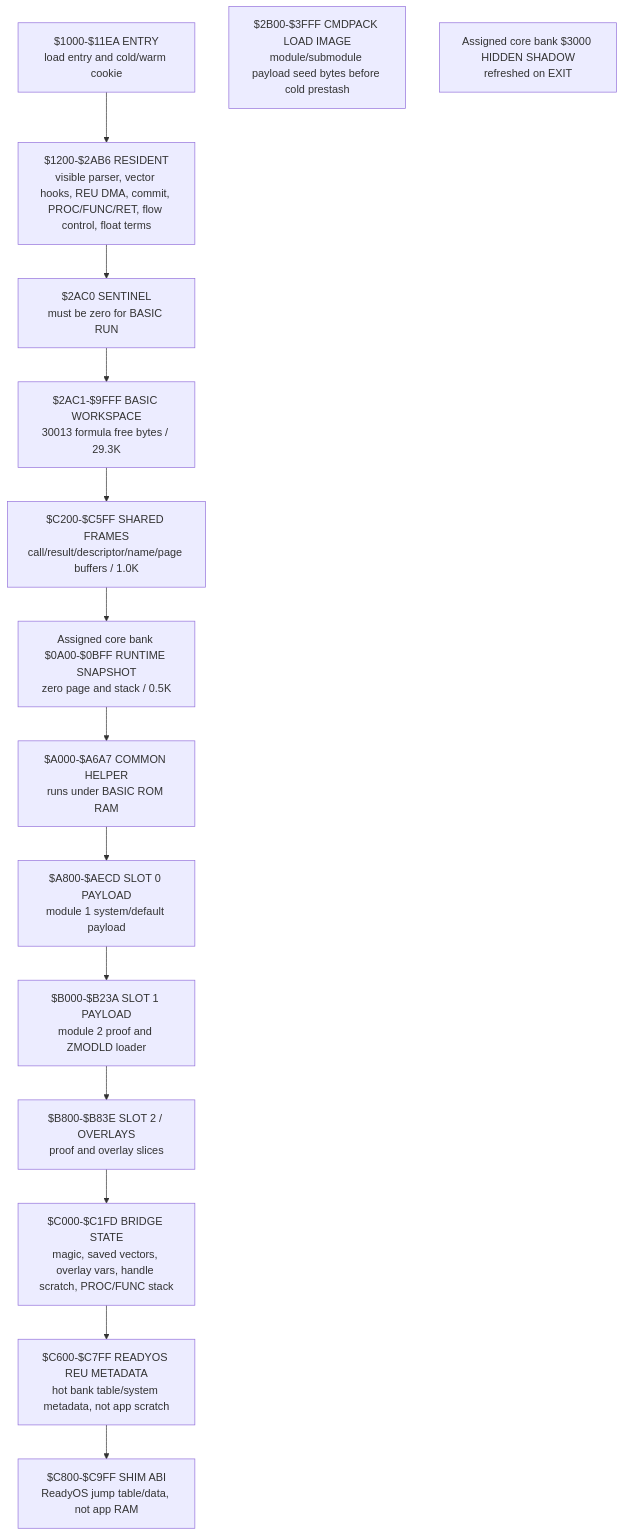
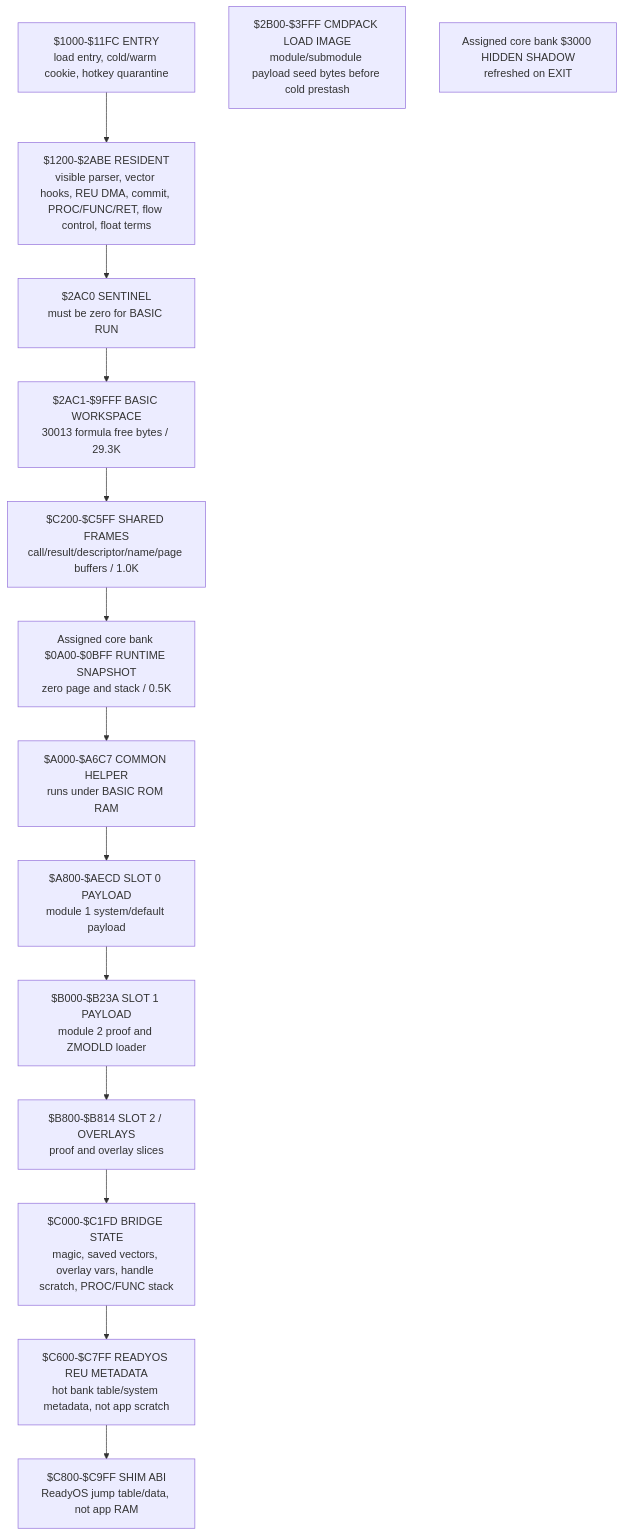
Before and after one commit to ReadyOS-C64/ReadyOs: the first of 8 diagrams in src/apps/readybasic/READYBASIC_LIFECYCLE_AND_REU_ARCHITECTURE.md, drawn with Mermaid. The commit also changed other lines of this file and 77 other files, not shown here.

````diff
--- a/src/apps/readybasic/READYBASIC_LIFECYCLE_AND_REU_ARCHITECTURE.md
+++ b/src/apps/readybasic/READYBASIC_LIFECYCLE_AND_REU_ARCHITECTURE.md
@@ -140,21 +140,21 @@
 ```mermaid
 flowchart TB
-  A["$1000-$11EA ENTRY<br/>load entry and cold/warm cookie"]
-  B["$1200-$2AB6 RESIDENT<br/>visible parser, vector hooks, REU DMA, commit, PROC/FUNC/RET, flow control, float terms"]
+  A["$1000-$11FC ENTRY<br/>load entry, cold/warm cookie, hotkey quarantine"]
+  B["$1200-$2ABE RESIDENT<br/>visible parser, vector hooks, REU DMA, commit, PROC/FUNC/RET, flow control, float terms"]
   C["$2AC0 SENTINEL<br/>must be zero for BASIC RUN"]
   D["$2AC1-$9FFF BASIC WORKSPACE<br/>30013 formula free bytes / 29.3K"]
   E["$2B00-$3FFF CMDPACK LOAD IMAGE<br/>module/submodule payload seed bytes before cold prestash"]
   F["Assigned core bank $0A00-$0BFF RUNTIME SNAPSHOT<br/>zero page and stack / 0.5K"]
   G["$C200-$C5FF SHARED FRAMES<br/>call/result/descriptor/name/page buffers / 1.0K"]
   I["Assigned core bank $3000 HIDDEN SHADOW<br/>refreshed on EXIT"]
-  J["$A000-$A6A7 COMMON HELPER<br/>runs under BASIC ROM RAM"]
+  J["$A000-$A6C7 COMMON HELPER<br/>runs under BASIC ROM RAM"]
   K["$A800-$AECD SLOT 0 PAYLOAD<br/>module 1 system/default payload"]
   O["$B000-$B23A SLOT 1 PAYLOAD<br/>module 2 proof and ZMODLD loader"]
-  P["$B800-$B83E SLOT 2 / OVERLAYS<br/>proof and overlay slices"]
+  P["$B800-$B814 SLOT 2 / OVERLAYS<br/>proof and overlay slices"]
   L["$C000-$C1FD BRIDGE STATE<br/>magic, saved vectors, overlay vars, handle scratch, PROC/FUNC stack"]
   M["$C600-$C7FF READYOS REU METADATA<br/>hot bank table/system metadata, not app scratch"]
   N["$C800-$C9FF SHIM ABI<br/>ReadyOS jump table/data, not app RAM"]
 
   A --> B --> C --> D --> G
   G --> F --> J --> K --> O --> P --> L --> M --> N
 ```
````
